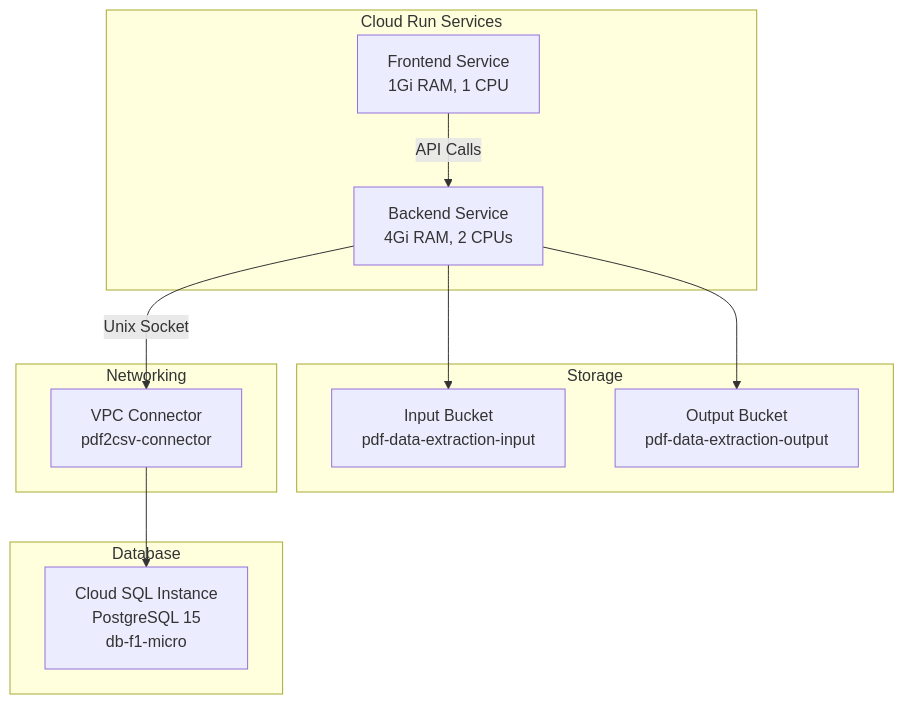
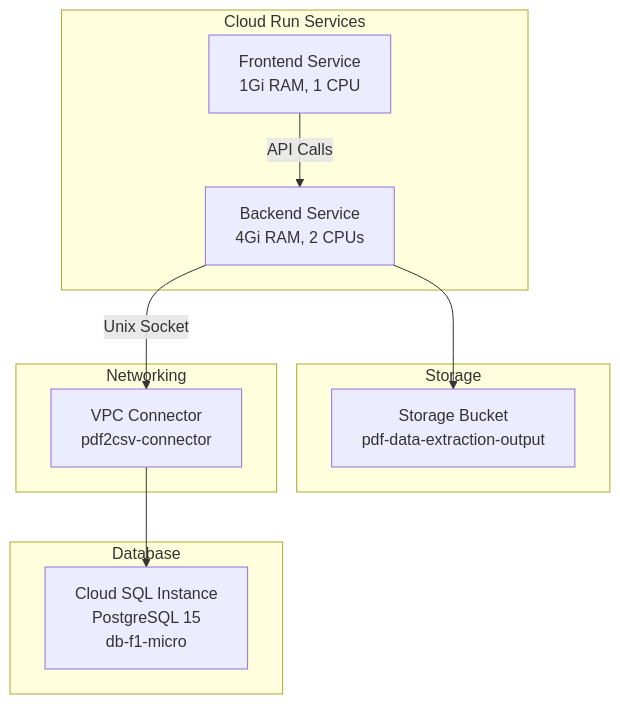
The third of 3 diagrams in README.md (AshishSingh1503/pdf-to-csv), drawn with Mermaid before and after one commit. The commit also changed other lines of this file and 20 other files, not shown here.

````diff
--- a/README.md
+++ b/README.md
@@ -169,26 +169,24 @@
 ```mermaid
 graph TB
     subgraph "Cloud Run Services"
         FrontendService["Frontend Service<br/>1Gi RAM, 1 CPU"]
         BackendService["Backend Service<br/>4Gi RAM, 2 CPUs"]
     end
     
     subgraph "Database"
         CloudSQLInstance["Cloud SQL Instance<br/>PostgreSQL 15<br/>db-f1-micro"]
     end
     
     subgraph "Storage"
-        InputBucket["Input Bucket<br/>pdf-data-extraction-input"]
-        OutputBucket["Output Bucket<br/>pdf-data-extraction-output"]
+        StorageBucket["Storage Bucket<br/>pdf-data-extraction-output"]
     end
     
     subgraph "Networking"
         VPCConnector["VPC Connector<br/>pdf2csv-connector"]
     end
     
     FrontendService -->|API Calls| BackendService
     BackendService -->|Unix Socket| VPCConnector
     VPCConnector --> CloudSQLInstance
-    BackendService --> InputBucket
-    BackendService --> OutputBucket
+    BackendService --> StorageBucket
 ```
````
